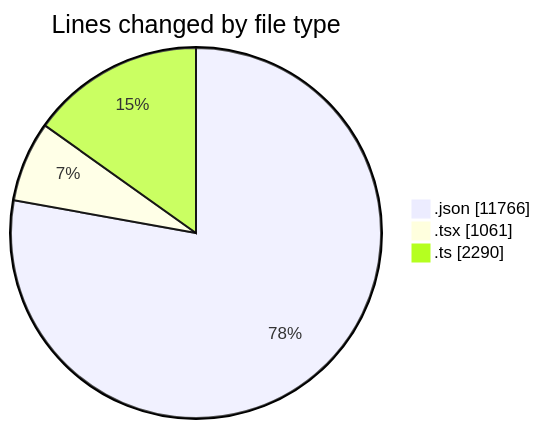
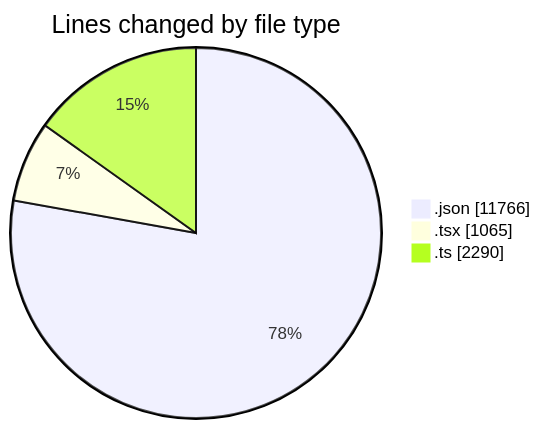
Before and after one commit to nxtqubesakshisongat/code-tracking: the first of 2 diagrams in 2026-04-16/airfeed-analytics-dashboard/README.md, drawn with Mermaid. The commit also changed other lines of this file and 1 other file, not shown here.

````diff
--- a/2026-04-16/airfeed-analytics-dashboard/README.md
+++ b/2026-04-16/airfeed-analytics-dashboard/README.md
@@ -33,7 +33,7 @@
 ```mermaid
 pie showData
 title Lines changed by file type
 ".json" : 11766
-".tsx" : 1061
+".tsx" : 1065
 ".ts" : 2290
 ```
````
